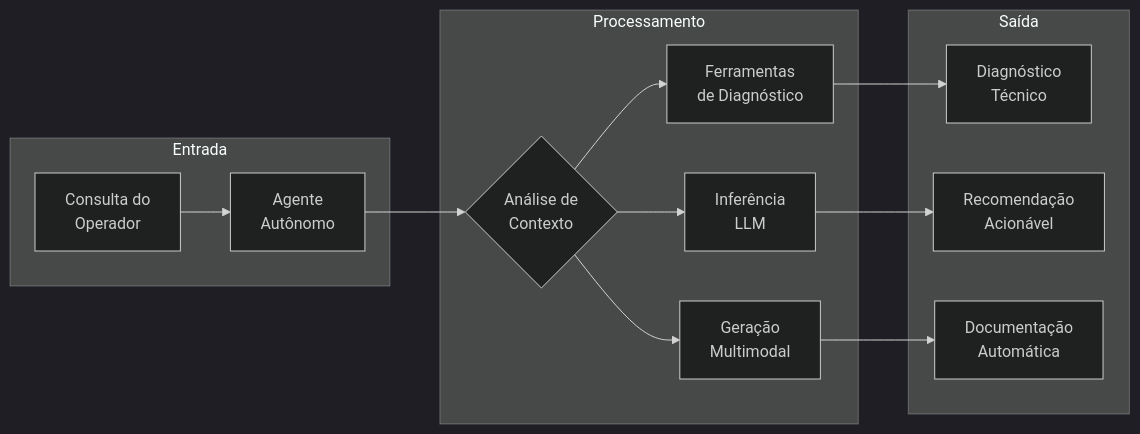
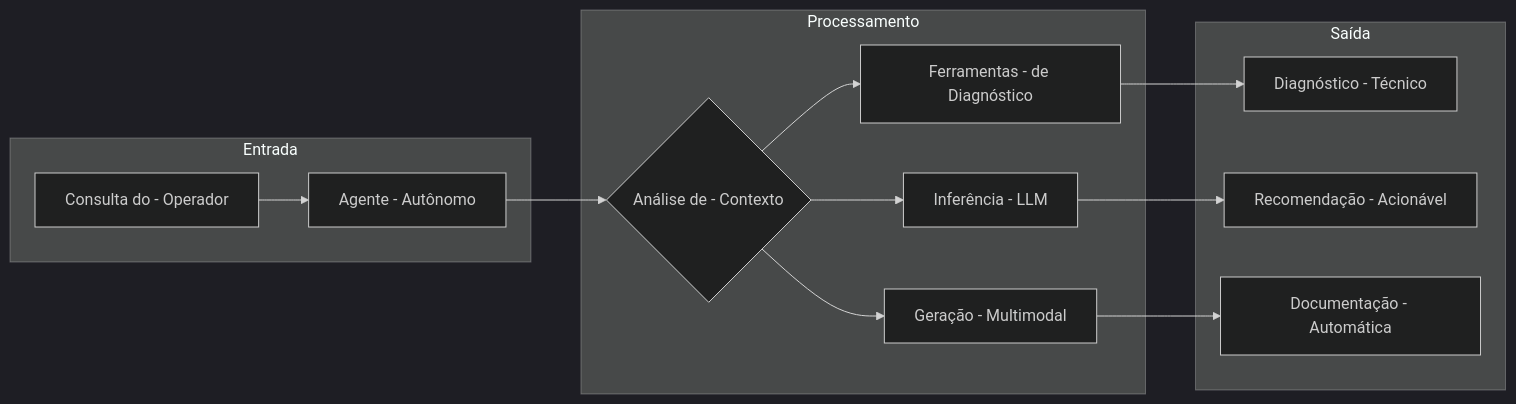
The second of 9 diagrams in docs/WHITEPAPER_PTBR.md (SperryTecnologia/debuga-ai), drawn with Mermaid (dark theme) before and after one commit. The commit also changed other lines of this file and 213 other files, not shown here.

````diff
--- a/docs/WHITEPAPER_PTBR.md
+++ b/docs/WHITEPAPER_PTBR.md
@@ -54,17 +54,17 @@
 ```mermaid
 graph LR
     subgraph "Entrada"
-        A[Consulta do<br/>Operador] --> B[Agente<br/>Autônomo]
+        A[Consulta do - Operador] --> B[Agente - Autônomo]
     end
     subgraph "Processamento"
-        B --> C{Análise de<br/>Contexto}
-        C --> D[Ferramentas<br/>de Diagnóstico]
-        C --> E[Inferência<br/>LLM]
-        C --> F[Geração<br/>Multimodal]
+        B --> C{Análise de - Contexto}
+        C --> D[Ferramentas - de Diagnóstico]
+        C --> E[Inferência - LLM]
+        C --> F[Geração - Multimodal]
     end
     subgraph "Saída"
-        D --> G[Diagnóstico<br/>Técnico]
-        E --> H[Recomendação<br/>Acionável]
-        F --> I[Documentação<br/>Automática]
+        D --> G[Diagnóstico - Técnico]
+        E --> H[Recomendação - Acionável]
+        F --> I[Documentação - Automática]
     end
 ```
````
